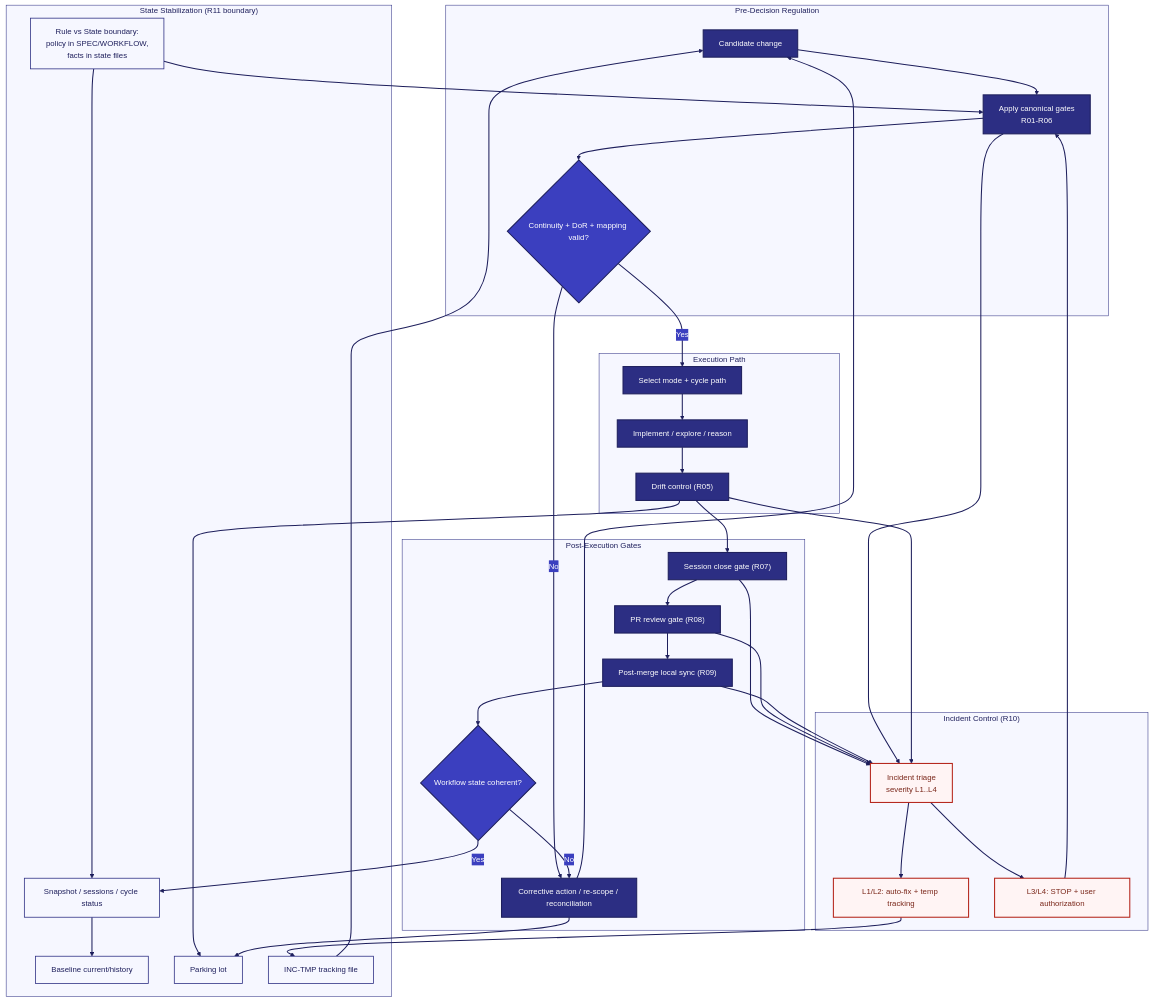
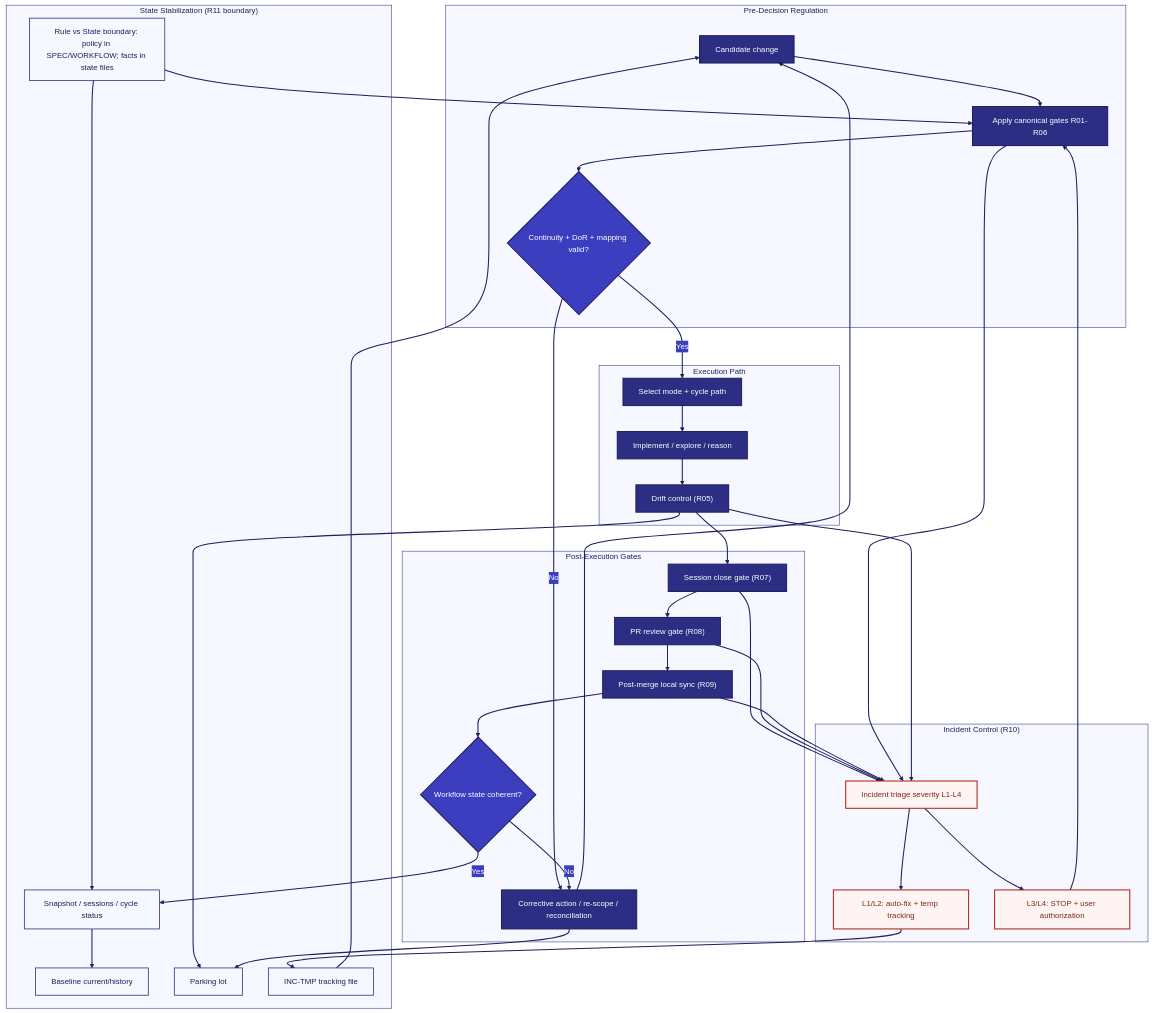
The diagram in docs/diagrams/04-entropy-regulation-control-loop.md (leuzeus/aidn), drawn with Mermaid before and after one commit. The commit also changed 2 other files, not shown here.

Commit message:
fix(diagrams): make mermaid labels parser-safe across renderers

```diff
--- a/docs/diagrams/04-entropy-regulation-control-loop.md
+++ b/docs/diagrams/04-entropy-regulation-control-loop.md
@@ -20,7 +20,7 @@
 flowchart TD
   subgraph PRE["Pre-Decision Regulation"]
     IN["Candidate change"]
-    RULES["Apply canonical gates\nR01-R06"]
+    RULES["Apply canonical gates R01-R06"]
     G1{"Continuity + DoR + mapping valid?"}
   end
 
@@ -39,7 +39,7 @@
   end
 
   subgraph INC["Incident Control (R10)"]
-    TRIAGE["Incident triage\nseverity L1..L4"]
+    TRIAGE["Incident triage severity L1-L4"]
     L12["L1/L2: auto-fix + temp tracking"]
     L34["L3/L4: STOP + user authorization"]
   end
@@ -49,7 +49,7 @@
     BASE["Baseline current/history"]
     PARK["Parking lot"]
     TMP["INC-TMP tracking file"]
-    BOUND["Rule vs State boundary:\npolicy in SPEC/WORKFLOW,\nfacts in state files"]
+    BOUND["Rule vs State boundary: policy in SPEC/WORKFLOW; facts in state files"]
   end
 
   IN --> RULES --> G1
```
